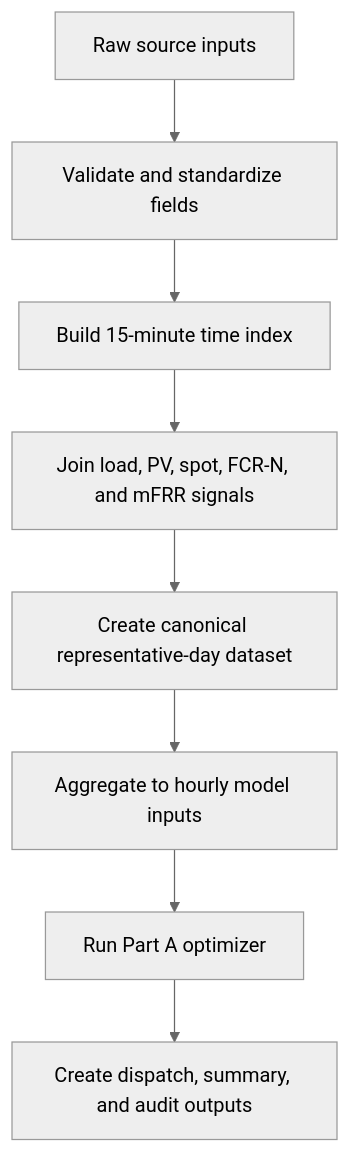
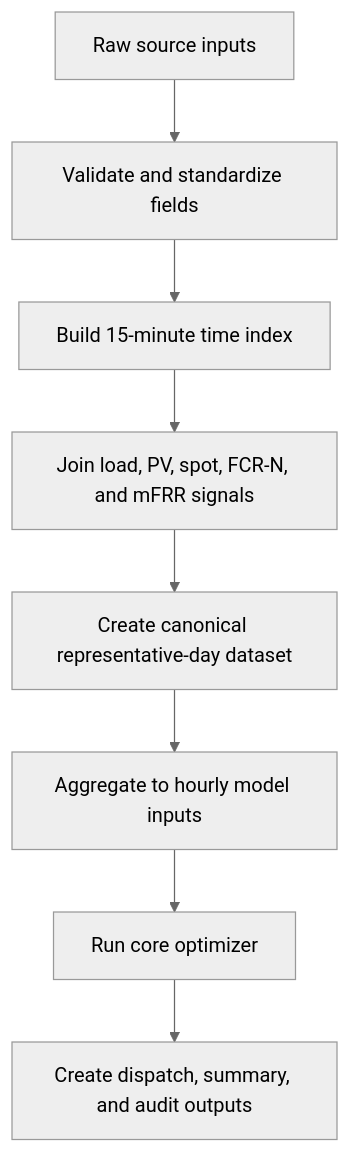
Before and after one commit to KayvanShah1/btm-bess-market-optimizer: the first of 2 diagrams in docs/DATA_METHOD.md, drawn with Mermaid (neutral theme). The commit also changed other lines of this file and 7 other files, not shown here.

````diff
--- a/docs/DATA_METHOD.md
+++ b/docs/DATA_METHOD.md
@@ -23,10 +23,10 @@
 ```mermaid
 flowchart TD
     A[Raw source inputs] --> B[Validate and standardize fields]
     B --> C[Build 15-minute time index]
     C --> D[Join load, PV, spot, FCR-N, and mFRR signals]
     D --> E[Create canonical representative-day dataset]
     E --> F[Aggregate to hourly model inputs]
-    F --> G[Run Part A optimizer]
+    F --> G[Run core optimizer]
     G --> H[Create dispatch, summary, and audit outputs]
 ```
````
